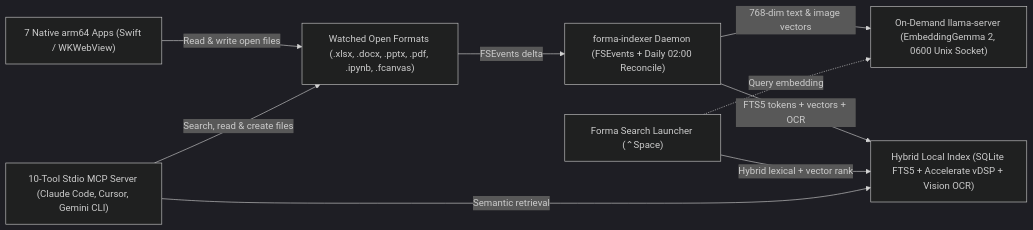
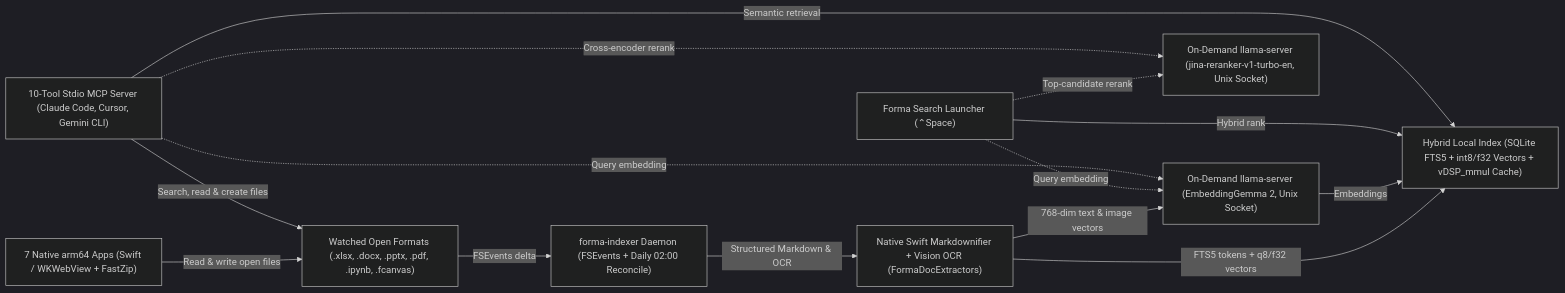
One commit to mihird94/forma-office changed the first of 2 diagrams in README.md. Above: the diagram before and after it, drawn with Mermaid (dark theme). The commit also changed other lines of this file and 1 other file, not shown here.

Commit message:
Update README and MCP docs with reranker, Markdownifier, vDSP cache, and diagrams

````diff
--- a/README.md
+++ b/README.md
@@ -50,19 +50,26 @@
 ```mermaid
 flowchart LR
-  Apps["7 Native arm64 Apps (Swift / WKWebView)"]
+  Apps["7 Native arm64 Apps (Swift / WKWebView + FastZip)"]
   Search["Forma Search Launcher (⌃Space)"]
   Files["Watched Open Formats (.xlsx, .docx, .pptx, .pdf, .ipynb, .fcanvas)"]
   Indexer["forma-indexer Daemon (FSEvents + Daily 02:00 Reconcile)"]
-  Store["Hybrid Local Index (SQLite FTS5 + Accelerate vDSP + Vision OCR)"]
-  Embed["On-Demand llama-server (EmbeddingGemma 2, 0600 Unix Socket)"]
+  Extract["Native Swift Markdownifier + Vision OCR (FormaDocExtractors)"]
+  Store["Hybrid Local Index (SQLite FTS5 + int8/f32 Vectors + vDSP_mmul Cache)"]
+  Embed["On-Demand llama-server (EmbeddingGemma 2, Unix Socket)"]
+  Rerank["On-Demand llama-server (jina-reranker-v1-turbo-en, Unix Socket)"]
   MCP["10-Tool Stdio MCP Server (Claude Code, Cursor, Gemini CLI)"]
 
   Apps -->|"Read & write open files"| Files
   Files -->|"FSEvents delta"| Indexer
-  Indexer -->|"768-dim text & image vectors"| Embed
-  Indexer -->|"FTS5 tokens + vectors + OCR"| Store
-  Search -->|"Hybrid lexical + vector rank"| Store
+  Indexer -->|"Structured Markdown & OCR"| Extract
+  Extract -->|"768-dim text & image vectors"| Embed
+  Extract -->|"FTS5 tokens + q8/f32 vectors"| Store
+  Embed -->|"Embeddings"| Store
+  Search -->|"Hybrid rank"| Store
   Search -.->|"Query embedding"| Embed
+  Search -.->|"Top-candidate rerank"| Rerank
   MCP -->|"Search, read & create files"| Files
   MCP -->|"Semantic retrieval"| Store
+  MCP -.->|"Query embedding"| Embed
+  MCP -.->|"Cross-encoder rerank"| Rerank
 ```
````
